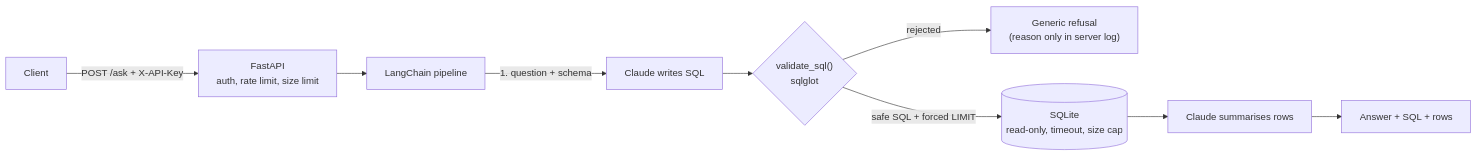
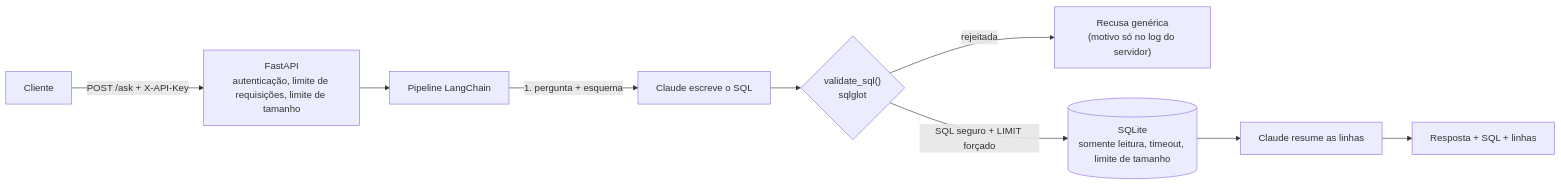
Before and after one commit to LucasdsGomes/sql-copilot: the diagram in README.md, drawn with Mermaid. The commit also changed other lines of this file and 1 other file, not shown here.

````diff
--- a/README.md
+++ b/README.md
@@ -18,11 +20,11 @@
 ```mermaid
 flowchart LR
-    U["Client"] -->|"POST /ask + X-API-Key"| API["FastAPI<br/>auth, rate limit, size limit"]
-    API --> AG["LangChain pipeline"]
-    AG -->|"1. question + schema"| LLM1["Claude writes SQL"]
+    U["Cliente"] -->|"POST /ask + X-API-Key"| API["FastAPI<br/>autenticação, limite de requisições, limite de tamanho"]
+    API --> AG["Pipeline LangChain"]
+    AG -->|"1. pergunta + esquema"| LLM1["Claude escreve o SQL"]
     LLM1 --> V{"validate_sql()<br/>sqlglot"}
-    V -->|"rejected"| R["Generic refusal<br/>(reason only in server log)"]
-    V -->|"safe SQL + forced LIMIT"| DB[("SQLite<br/>read-only, timeout, size cap")]
-    DB --> LLM2["Claude summarises rows"]
-    LLM2 --> A["Answer + SQL + rows"]
+    V -->|"rejeitada"| R["Recusa genérica<br/>(motivo só no log do servidor)"]
+    V -->|"SQL seguro + LIMIT forçado"| DB[("SQLite<br/>somente leitura, timeout, limite de tamanho")]
+    DB --> LLM2["Claude resume as linhas"]
+    LLM2 --> A["Resposta + SQL + linhas"]
 ```
````
